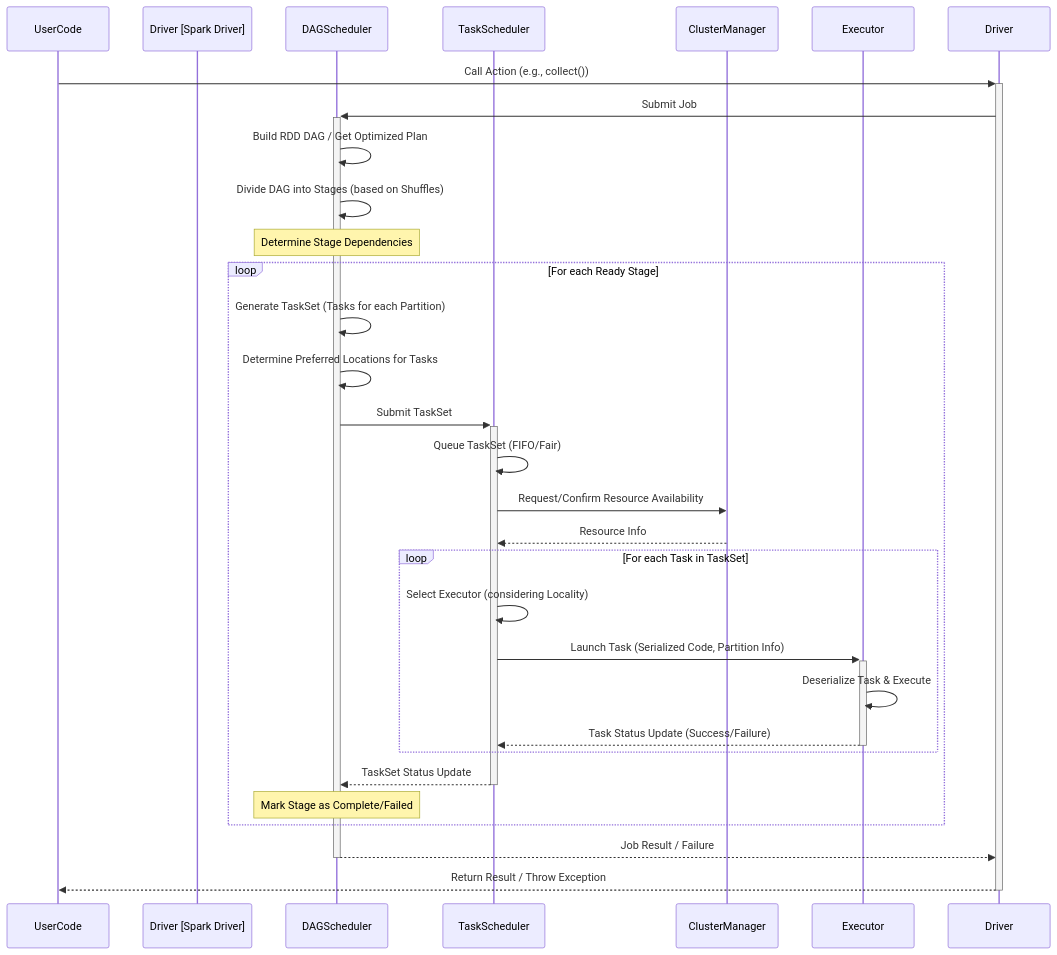
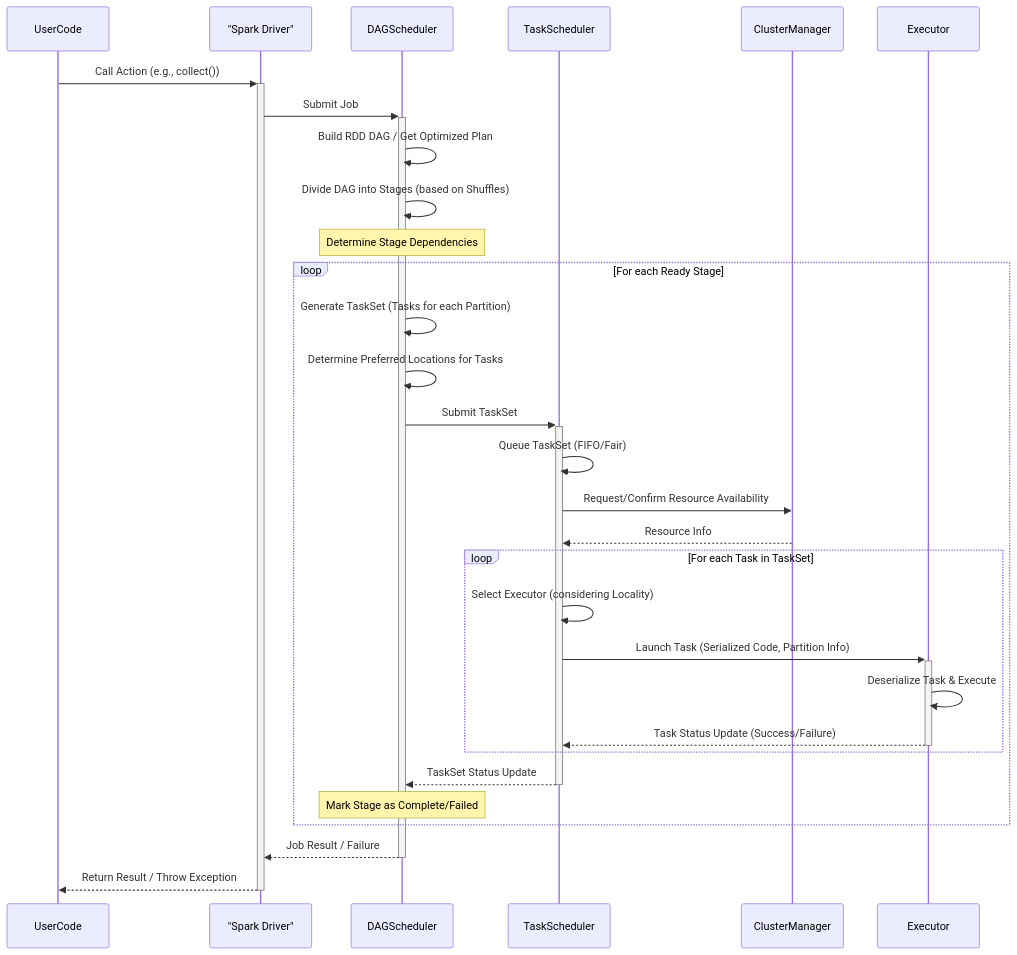
The second of 2 diagrams in AI_BOOK/大数据引擎内核：原理、设计与实现/04_Spark_Job_Execution_Flow.md (gravitys169/pages), drawn with Mermaid before and after one commit. The commit also changed other lines of this file and 8 other files, not shown here.

````diff
--- a/AI_BOOK/大数据引擎内核：原理、设计与实现/04_Spark_Job_Execution_Flow.md
+++ b/AI_BOOK/大数据引擎内核：原理、设计与实现/04_Spark_Job_Execution_Flow.md
@@ -167,33 +167,33 @@
 ```mermaid
 sequenceDiagram
     participant UserCode
-    participant Driver [Spark Driver]
+    participant Driver as "Spark Driver"
     participant DAGScheduler
     participant TaskScheduler
     participant ClusterManager
     participant Executor
 
     UserCode ->>+ Driver: Call Action (e.g., collect())
     Driver ->>+ DAGScheduler: Submit Job
     DAGScheduler ->> DAGScheduler: Build RDD DAG / Get Optimized Plan
     DAGScheduler ->> DAGScheduler: Divide DAG into Stages (based on Shuffles)
     Note over DAGScheduler: Determine Stage Dependencies
     loop For each Ready Stage
         DAGScheduler ->> DAGScheduler: Generate TaskSet (Tasks for each Partition)
         DAGScheduler ->> DAGScheduler: Determine Preferred Locations for Tasks
         DAGScheduler ->>+ TaskScheduler: Submit TaskSet
         TaskScheduler ->> TaskScheduler: Queue TaskSet (FIFO/Fair)
         TaskScheduler ->> ClusterManager: Request/Confirm Resource Availability
         ClusterManager -->> TaskScheduler: Resource Info
         loop For each Task in TaskSet
             TaskScheduler ->> TaskScheduler: Select Executor (considering Locality)
             TaskScheduler ->>+ Executor: Launch Task (Serialized Code, Partition Info)
             Executor ->> Executor: Deserialize Task & Execute
             Executor -->>- TaskScheduler: Task Status Update (Success/Failure)
         end
         TaskScheduler -->>- DAGScheduler: TaskSet Status Update
         Note over DAGScheduler: Mark Stage as Complete/Failed
     end
     DAGScheduler -->>- Driver: Job Result / Failure
     Driver -->>- UserCode: Return Result / Throw Exception
 ```
````
